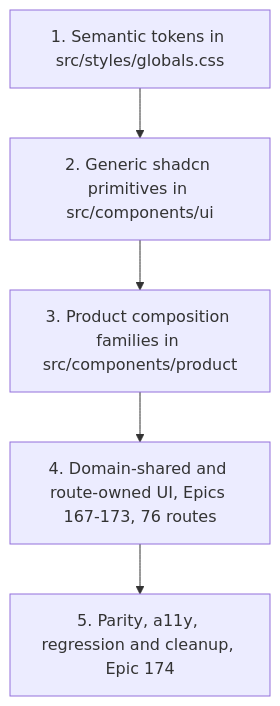
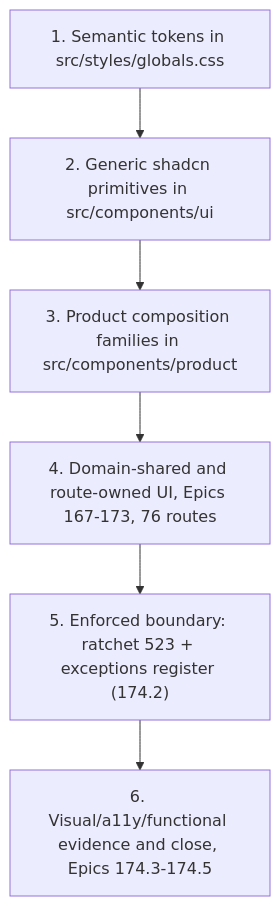
The diagram in openwiki/design-system.md (salacoste/wb-erp-system-daytona-FE), drawn with Mermaid before and after one commit. The commit also changed other lines of this file and 11 other files, not shown here.

````diff
--- a/openwiki/design-system.md
+++ b/openwiki/design-system.md
@@ -148,7 +87,8 @@
 ```mermaid
 flowchart TD
   TOKENS["1. Semantic tokens in src/styles/globals.css"] --> PRIM["2. Generic shadcn primitives in src/components/ui"]
   PRIM --> COMP["3. Product composition families in src/components/product"]
   COMP --> DOMAIN["4. Domain-shared and route-owned UI, Epics 167-173, 76 routes"]
-  DOMAIN --> AUDIT["5. Parity, a11y, regression and cleanup, Epic 174"]
+  DOMAIN --> ENF["5. Enforced boundary: ratchet 523 + exceptions register (174.2)"]
+  ENF --> AUDIT["6. Visual/a11y/functional evidence and close, Epics 174.3-174.5"]
 ```
````
